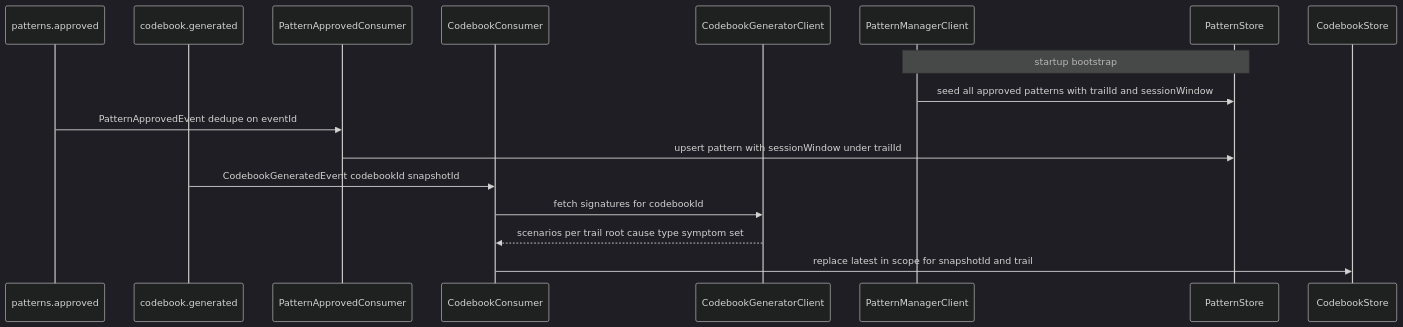
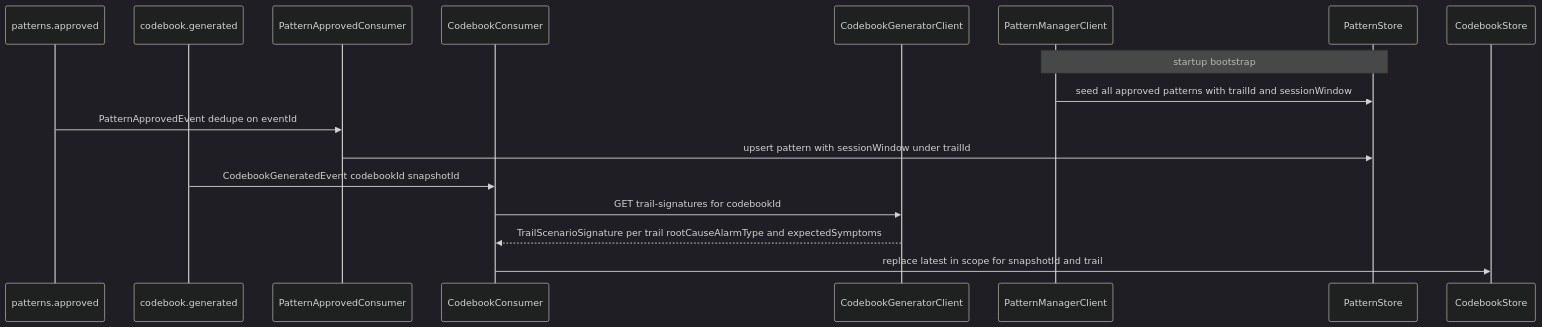
One commit to nikhilmohan/correlation-platform changed the eighth of 10 diagrams in services/correlation-engine/design.md. Above: the diagram before and after it, drawn with Mermaid (dark theme). The commit also changed other lines of this file and 1 other file, not shown here.

First line of the commit message:
design(correlation-engine): data-integration fixes — codebook trail-signatures client, canonical pagination envelope, matchedCodebookId semantics

````diff
--- a/services/correlation-engine/design.md
+++ b/services/correlation-engine/design.md
@@ -570,20 +597,20 @@
 ```mermaid
 sequenceDiagram
   participant PT as patterns.approved
   participant CB as codebook.generated
   participant PAC as PatternApprovedConsumer
   participant CBC as CodebookConsumer
   participant CGC as CodebookGeneratorClient
   participant PMC as PatternManagerClient
   participant PS as PatternStore
   participant CBS as CodebookStore
 
   Note over PMC,PS: startup bootstrap
   PMC->>PS: seed all approved patterns with trailId and sessionWindow
   PT->>PAC: PatternApprovedEvent dedupe on eventId
   PAC->>PS: upsert pattern with sessionWindow under trailId
   CB->>CBC: CodebookGeneratedEvent codebookId snapshotId
-  CBC->>CGC: fetch signatures for codebookId
-  CGC-->>CBC: scenarios per trail root cause type symptom set
+  CBC->>CGC: GET trail-signatures for codebookId
+  CGC-->>CBC: TrailScenarioSignature per trail rootCauseAlarmType and expectedSymptoms
   CBC->>CBS: replace latest in scope for snapshotId and trail
 ```
````
